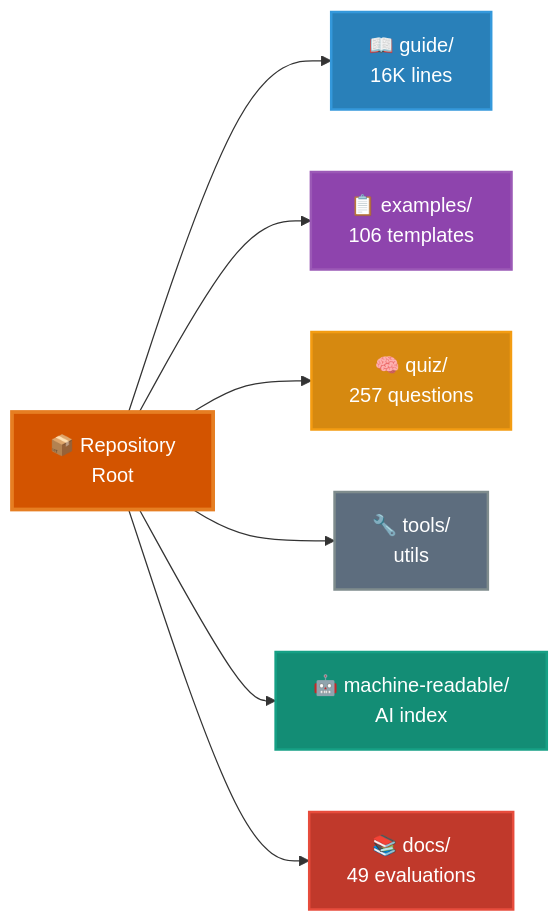
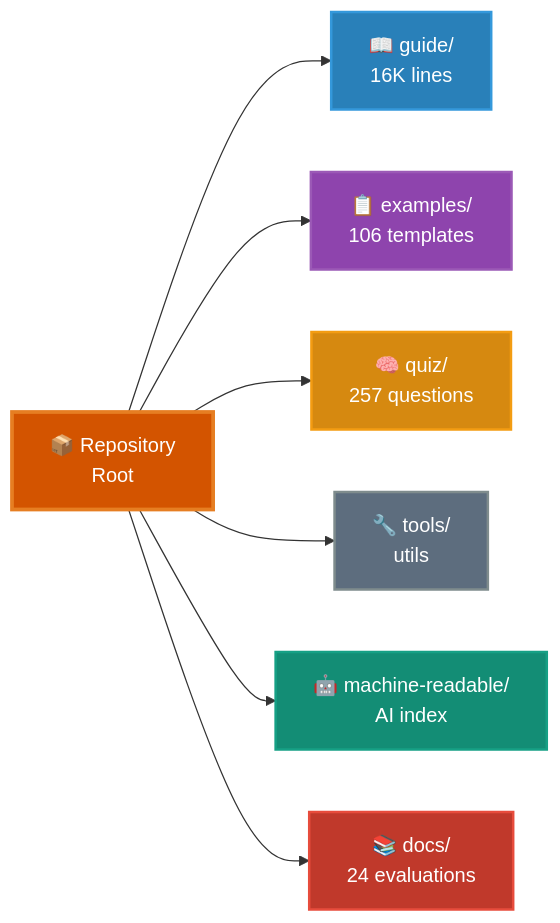
The diagram in README.md (scostello/claude-code-ultimate-guide), drawn with Mermaid before and after one commit. The commit also changed other lines of this file and 13 other files, not shown here.

````diff
--- a/README.md
+++ b/README.md
@@ -65,19 +65,19 @@
 ```mermaid
 graph LR
     root[📦 Repository<br/>Root]
 
     root --> guide[📖 guide/<br/>16K lines]
     root --> examples[📋 examples/<br/>106 templates]
     root --> quiz[🧠 quiz/<br/>257 questions]
     root --> tools[🔧 tools/<br/>utils]
     root --> machine[🤖 machine-readable/<br/>AI index]
-    root --> docs[📚 docs/<br/>49 evaluations]
+    root --> docs[📚 docs/<br/>24 evaluations]
 
     style root fill:#d35400,stroke:#e67e22,stroke-width:3px,color:#fff
     style guide fill:#2980b9,stroke:#3498db,stroke-width:2px,color:#fff
     style examples fill:#8e44ad,stroke:#9b59b6,stroke-width:2px,color:#fff
     style quiz fill:#d68910,stroke:#f39c12,stroke-width:2px,color:#fff
     style tools fill:#5d6d7e,stroke:#7f8c8d,stroke-width:2px,color:#fff
     style machine fill:#138d75,stroke:#16a085,stroke-width:2px,color:#fff
     style docs fill:#c0392b,stroke:#e74c3c,stroke-width:2px,color:#fff
 ```
````
